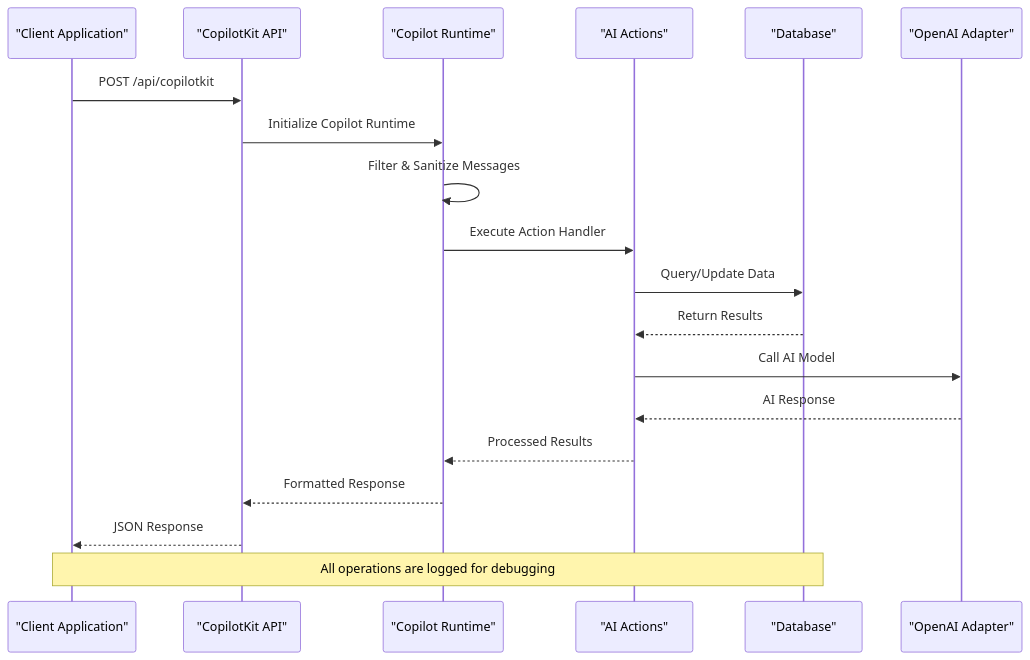
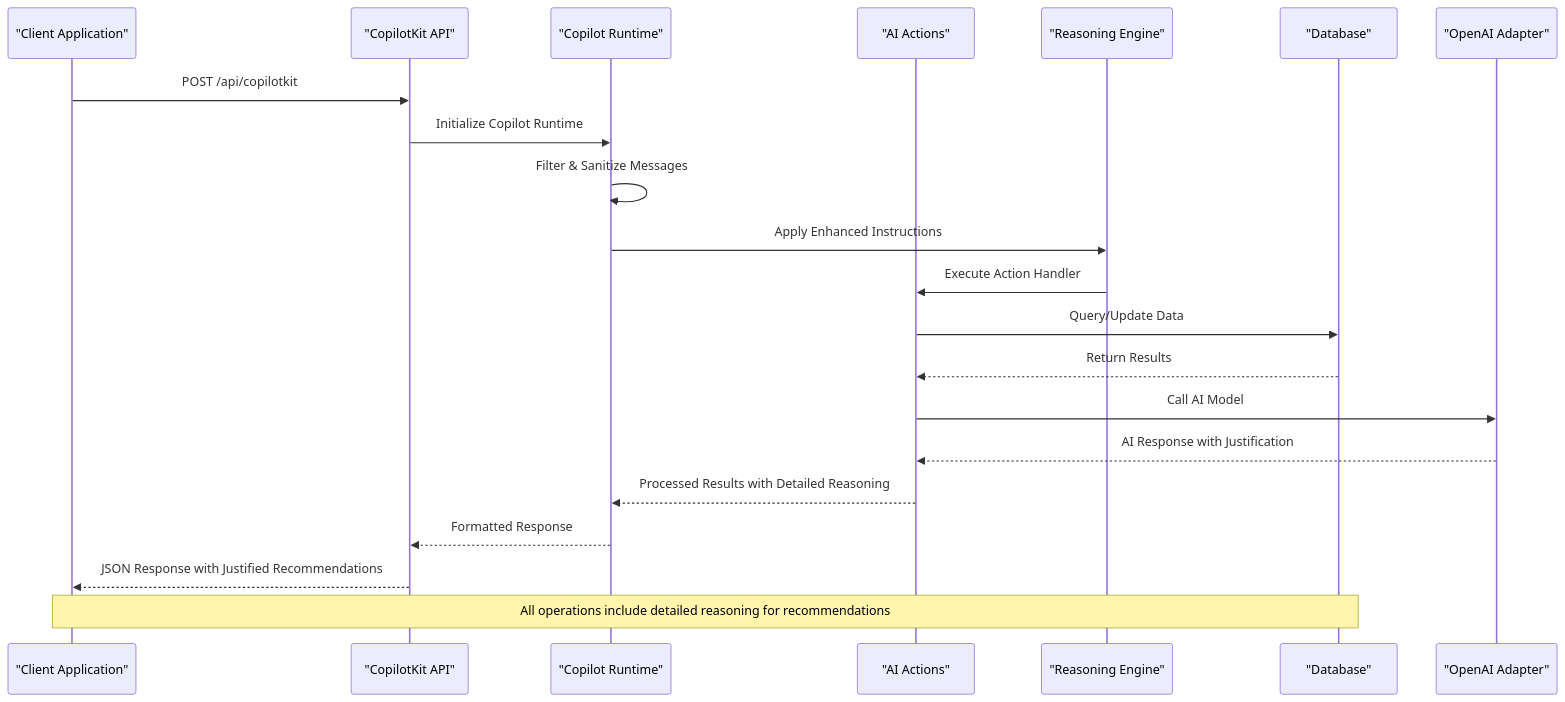
Before and after one commit to peixuanhu/goal-mate: the second of 10 diagrams in .qoder/repowiki/en/content/API Reference/Copilot Integration Endpoints.md, drawn with Mermaid. The commit also changed other lines of this file and 10 other files, not shown here.

````diff
--- a/.qoder/repowiki/en/content/API Reference/Copilot Integration Endpoints.md
+++ b/.qoder/repowiki/en/content/API Reference/Copilot Integration Endpoints.md
@@ -119,21 +138,23 @@
 ```mermaid
 sequenceDiagram
 participant Client as "Client Application"
 participant API as "CopilotKit API"
 participant Runtime as "Copilot Runtime"
 participant Actions as "AI Actions"
+participant Reasoning as "Reasoning Engine"
 participant DB as "Database"
 participant OpenAI as "OpenAI Adapter"
 Client->>API : POST /api/copilotkit
 API->>Runtime : Initialize Copilot Runtime
 Runtime->>Runtime : Filter & Sanitize Messages
-Runtime->>Actions : Execute Action Handler
+Runtime->>Reasoning : Apply Enhanced Instructions
+Reasoning->>Actions : Execute Action Handler
 Actions->>DB : Query/Update Data
 DB-->>Actions : Return Results
 Actions->>OpenAI : Call AI Model
-OpenAI-->>Actions : AI Response
-Actions-->>Runtime : Processed Results
+OpenAI-->>Actions : AI Response with Justification
+Actions-->>Runtime : Processed Results with Detailed Reasoning
 Runtime-->>API : Formatted Response
-API-->>Client : JSON Response
-Note over Client,DB : All operations are logged for debugging
+API-->>Client : JSON Response with Justified Recommendations
+Note over Client,DB : All operations include detailed reasoning for recommendations
 ```
````
